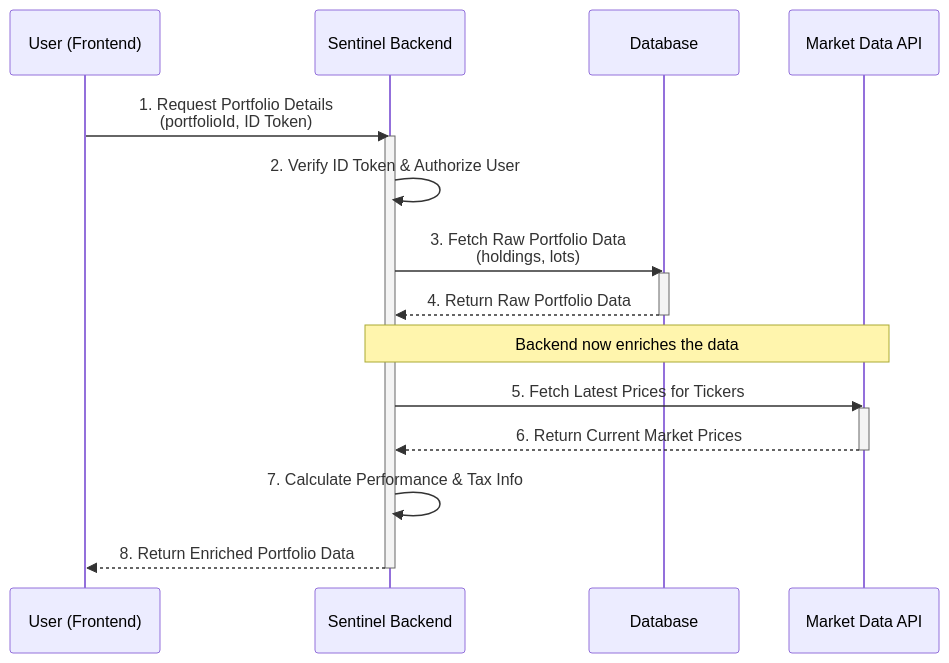
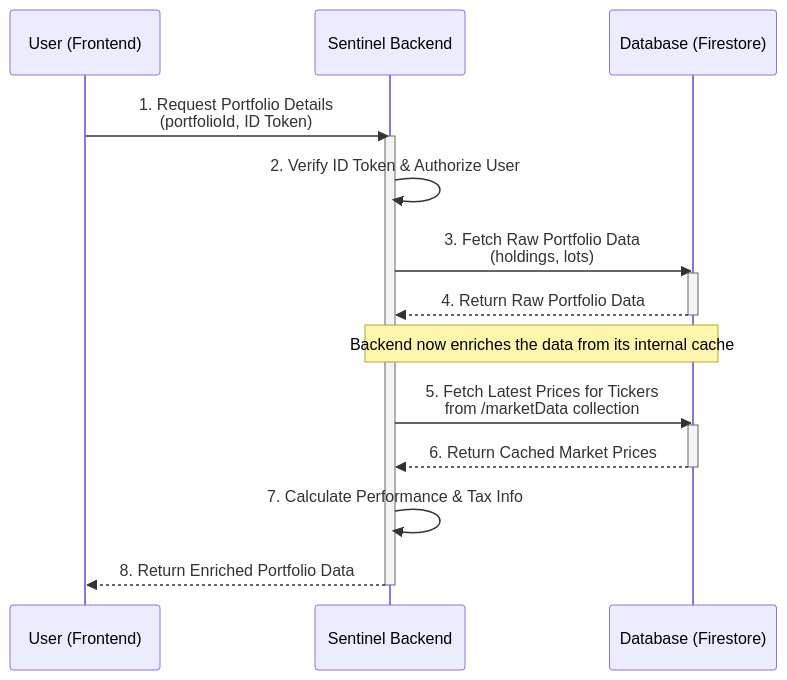
One commit to enzhao/Sentinel changed the second of 11 diagrams in product_spec.md. Above: the diagram before and after it, drawn with Mermaid. The commit also changed other lines of this file and 19 other files, not shown here.

First line of the commit message:
feat(data): implement Market Data Caching and Historical Backfill

````diff
--- a/product_spec.md
+++ b/product_spec.md
@@ -189,25 +201,24 @@
 ```mermaid
 sequenceDiagram
     participant User as User (Frontend)
     participant Sentinel as Sentinel Backend
-    participant DB as Database
-    participant MarketAPI as Market Data API
+    participant DB as Database (Firestore)
 
     User->>Sentinel: 1. Request Portfolio Details<br> (portfolioId, ID Token)
     activate Sentinel
     Sentinel->>Sentinel: 2. Verify ID Token & Authorize User
     Sentinel->>DB: 3. Fetch Raw Portfolio Data<br> (holdings, lots)
     activate DB
     DB-->>Sentinel: 4. Return Raw Portfolio Data
     deactivate DB
 
-    Note over Sentinel, MarketAPI: Backend now enriches the data
-    Sentinel->>MarketAPI: 5. Fetch Latest Prices for Tickers
-    activate MarketAPI
-    MarketAPI-->>Sentinel: 6. Return Current Market Prices
-    deactivate MarketAPI
+    Note over Sentinel, DB: Backend now enriches the data from its internal cache
+    Sentinel->>DB: 5. Fetch Latest Prices for Tickers<br> from /marketData collection
+    activate DB
+    DB-->>Sentinel: 6. Return Cached Market Prices
+    deactivate DB
 
     Sentinel->>Sentinel: 7. Calculate Performance & Tax Info
     Sentinel-->>User: 8. Return Enriched Portfolio Data
     deactivate Sentinel
 ```
````
